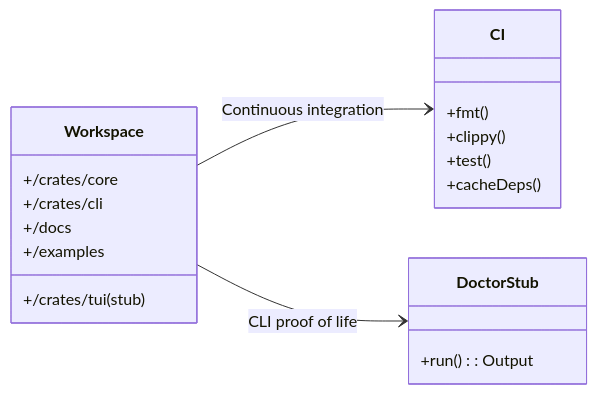
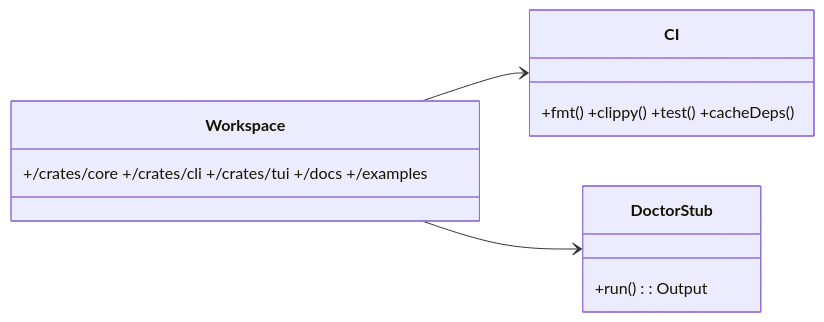
One commit to agustinvalencia/mdvault changed the first of 22 diagrams in docs/01_development_plan.md. Above: the diagram before and after it, drawn with Mermaid. The commit also changed other lines of this file and 2 other files, not shown here.

````diff
--- a/docs/01_development_plan.md
+++ b/docs/01_development_plan.md
@@ -22,25 +28,9 @@
 ```mermaid
 classDiagram
   direction LR
-  class Workspace {
-    +/crates/core
-    +/crates/cli
-    +/crates/tui (stub)
-    +/docs
-    +/examples
-  }
-
-  class CI {
-    +fmt()
-    +clippy()
-    +test()
-    +cacheDeps()
-  }
-
-  class DoctorStub {
-    +run(): Output
-  }
-
-  Workspace --> CI : Continuous integration
-  Workspace --> DoctorStub : CLI proof of life
+  class Workspace { +/crates/core +/crates/cli +/crates/tui +/docs +/examples }
+  class CI { +fmt() +clippy() +test() +cacheDeps() }
+  class DoctorStub { +run(): Output }
+  Workspace --> CI
+  Workspace --> DoctorStub
 ```
````
